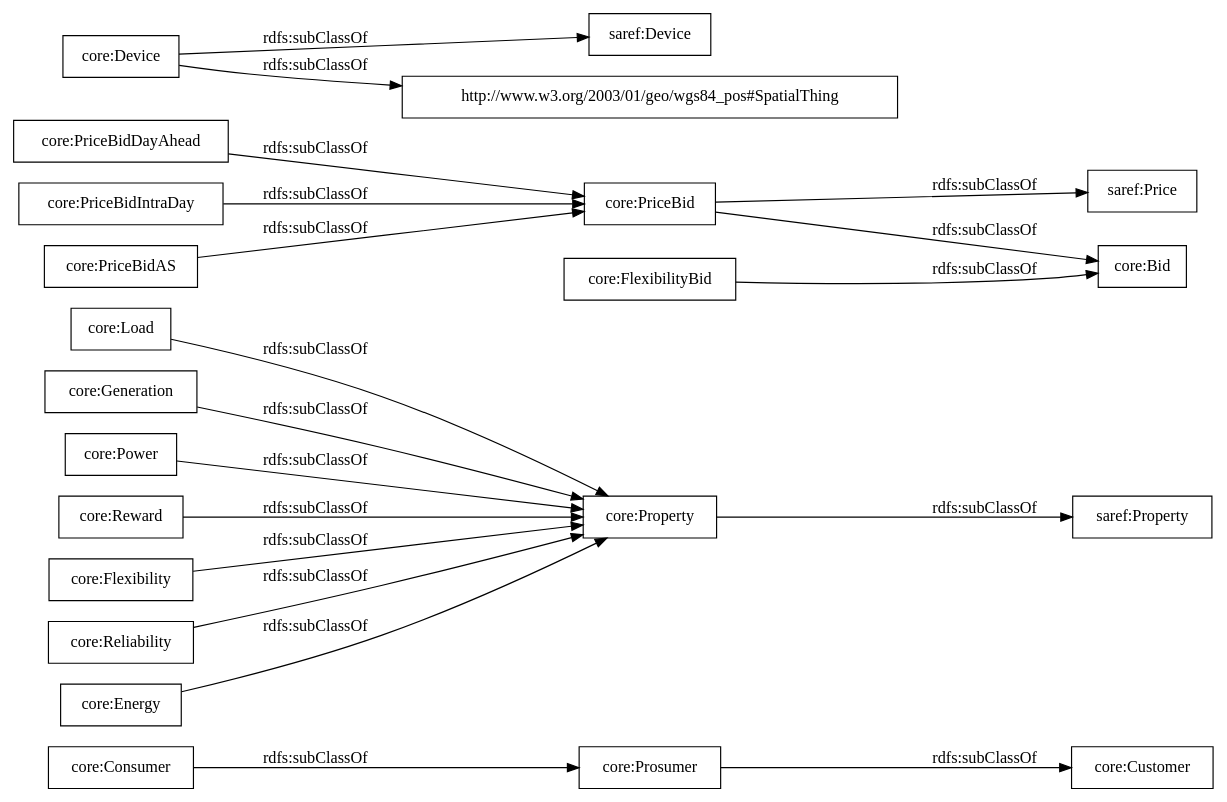
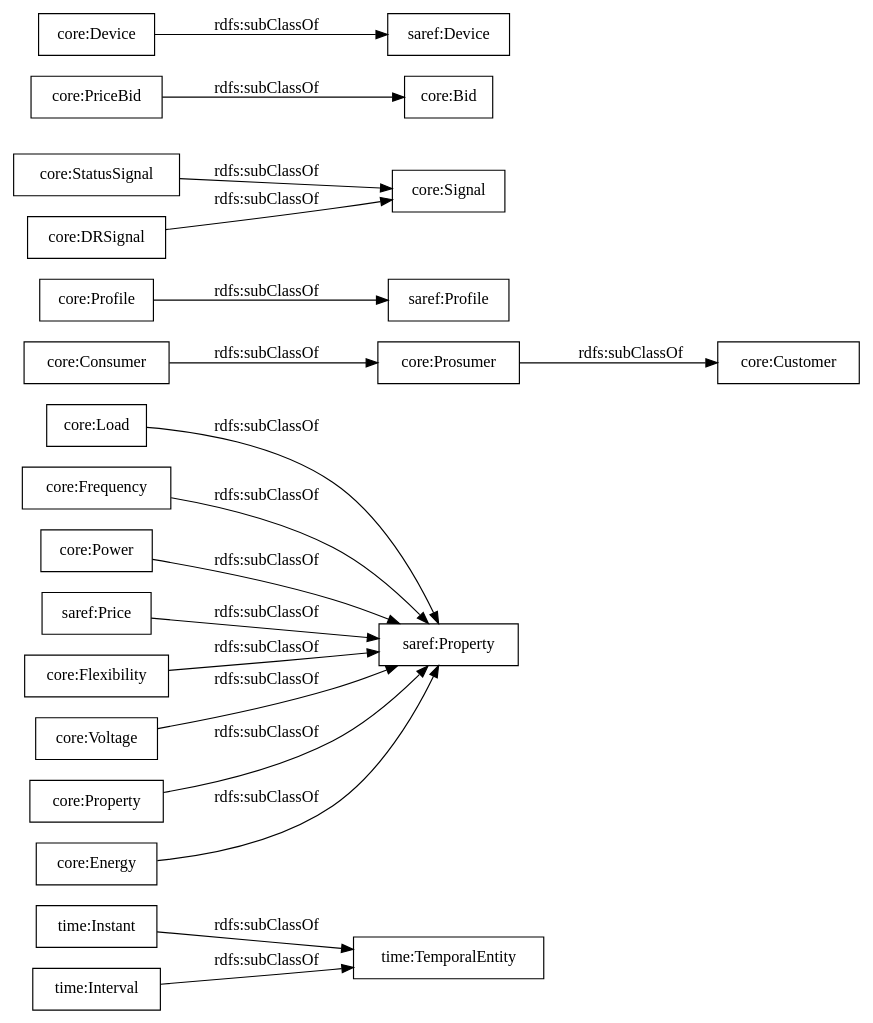
One commit to oeg-upm/delta-ontology changed the diagram in OnToology/ontology/delta.ttl/diagrams/ar2dtool-taxonomy/delta.ttl.png.dot. Above: the diagram before and after it, drawn with Graphviz. The commit also changed 12 other files, not shown here.

```diff
--- a/OnToology/ontology/delta.ttl/diagrams/ar2dtool-taxonomy/delta.ttl.png.dot
+++ b/OnToology/ontology/delta.ttl/diagrams/ar2dtool-taxonomy/delta.ttl.png.dot
@@ -1,24 +1,23 @@
 digraph ar2dtool_diagram { 
 rankdir=LR;
 size="1000"
-node [shape = rectangle, color="black"]; "core:Customer" "saref:Property" "core:Consumer" "core:Load" "core:PriceBidDayAhead" "core:Generation" "saref:Device" "core:PriceBidIntraDay" "core:Power" "core:Reward" "core:FlexibilityBid" "core:Prosumer" "core:Device" "core:Flexibility" "core:Reliability" "http://www.w3.org/2003/01/geo/wgs84_pos#SpatialThing" "saref:Price" "core:Property" "core:PriceBidAS" "core:Energy" "core:Bid" "core:PriceBid" ; /*classes style*/
-	"core:Generation" -> "core:Property" [ label = "rdfs:subClassOf" ];
-	"core:Flexibility" -> "core:Property" [ label = "rdfs:subClassOf" ];
-	"core:FlexibilityBid" -> "core:Bid" [ label = "rdfs:subClassOf" ];
-	"core:Reliability" -> "core:Property" [ label = "rdfs:subClassOf" ];
-	"core:Energy" -> "core:Property" [ label = "rdfs:subClassOf" ];
-	"core:PriceBidAS" -> "core:PriceBid" [ label = "rdfs:subClassOf" ];
-	"core:PriceBidIntraDay" -> "core:PriceBid" [ label = "rdfs:subClassOf" ];
-	"core:Power" -> "core:Property" [ label = "rdfs:subClassOf" ];
+node [shape = rectangle, color="black"]; "time:Instant" "core:Load" "core:Frequency" "core:Customer" "core:Power" "saref:Profile" "core:StatusSignal" "core:Bid" "saref:Device" "core:Consumer" "core:Prosumer" "core:PriceBid" "core:Signal" "time:Interval" "time:TemporalEntity" "saref:Price" "core:DRSignal" "core:Flexibility" "core:Voltage" "saref:Property" "core:Profile" "core:Property" "core:Energy" "core:Device" ; /*classes style*/
+	"core:Flexibility" -> "saref:Property" [ label = "rdfs:subClassOf" ];
+	"saref:Price" -> "saref:Property" [ label = "rdfs:subClassOf" ];
+	"core:Voltage" -> "saref:Property" [ label = "rdfs:subClassOf" ];
+	"time:Interval" -> "time:TemporalEntity" [ label = "rdfs:subClassOf" ];
+	"core:Energy" -> "saref:Property" [ label = "rdfs:subClassOf" ];
+	"core:Power" -> "saref:Property" [ label = "rdfs:subClassOf" ];
 	"core:Prosumer" -> "core:Customer" [ label = "rdfs:subClassOf" ];
+	"core:Frequency" -> "saref:Property" [ label = "rdfs:subClassOf" ];
 	"core:Device" -> "saref:Device" [ label = "rdfs:subClassOf" ];
-	"core:Device" -> "http://www.w3.org/2003/01/geo/wgs84_pos#SpatialThing" [ label = "rdfs:subClassOf" ];
 	"core:Property" -> "saref:Property" [ label = "rdfs:subClassOf" ];
-	"core:PriceBid" -> "saref:Price" [ label = "rdfs:subClassOf" ];
+	"core:DRSignal" -> "core:Signal" [ label = "rdfs:subClassOf" ];
+	"core:Profile" -> "saref:Profile" [ label = "rdfs:subClassOf" ];
+	"time:Instant" -> "time:TemporalEntity" [ label = "rdfs:subClassOf" ];
 	"core:PriceBid" -> "core:Bid" [ label = "rdfs:subClassOf" ];
+	"core:StatusSignal" -> "core:Signal" [ label = "rdfs:subClassOf" ];
 	"core:Consumer" -> "core:Prosumer" [ label = "rdfs:subClassOf" ];
-	"core:PriceBidDayAhead" -> "core:PriceBid" [ label = "rdfs:subClassOf" ];
-	"core:Reward" -> "core:Property" [ label = "rdfs:subClassOf" ];
-	"core:Load" -> "core:Property" [ label = "rdfs:subClassOf" ];
+	"core:Load" -> "saref:Property" [ label = "rdfs:subClassOf" ];
 
 }
```
